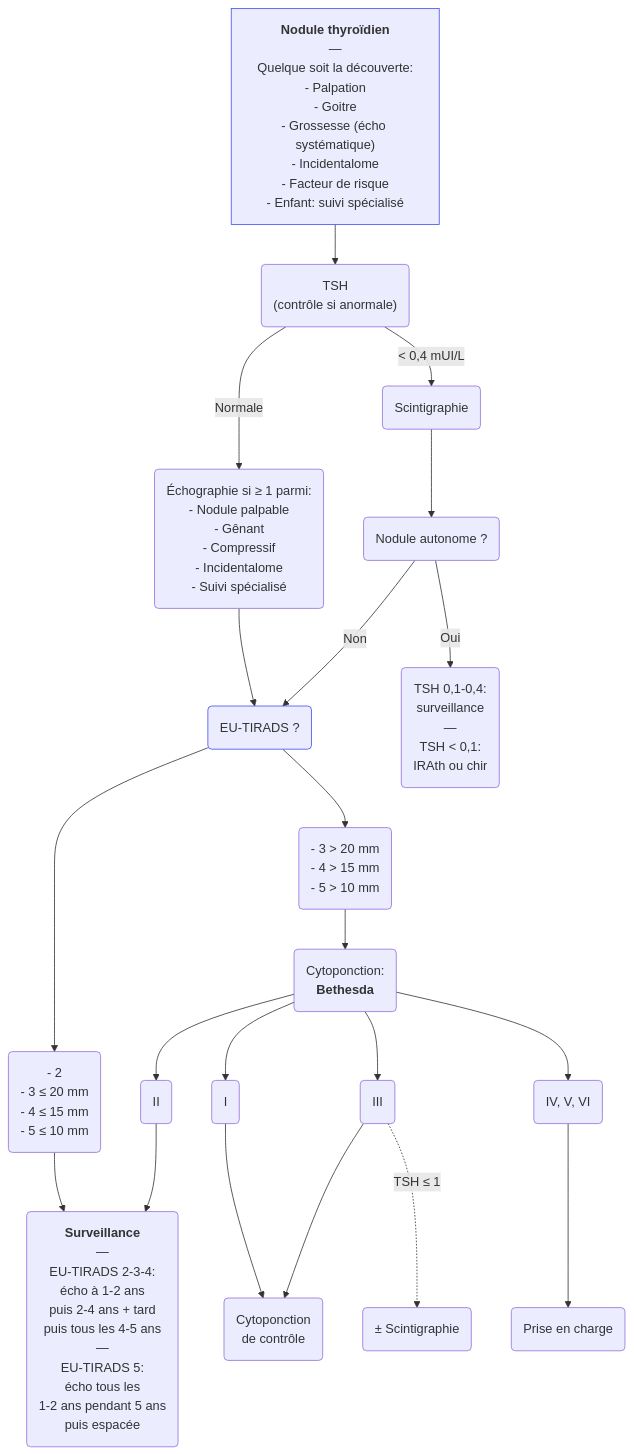
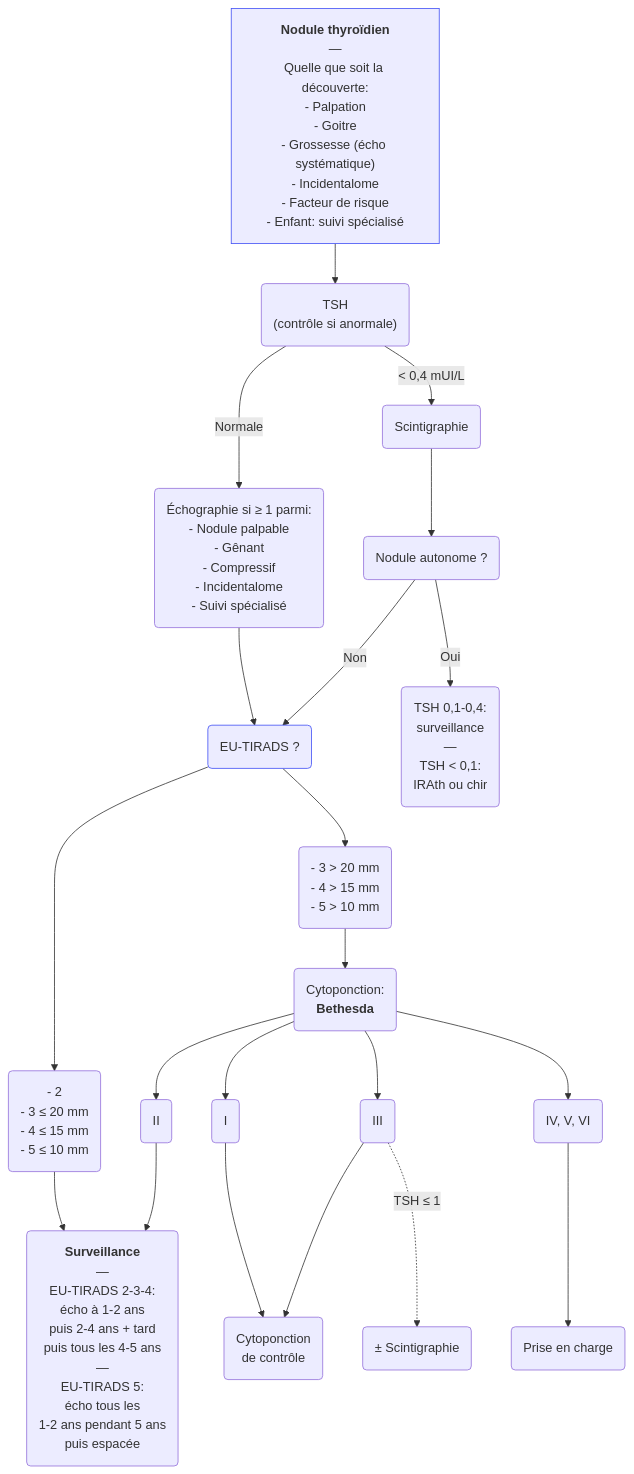
The diagram in content/recommandations/nodule-thyroidien.md (djibe/recommandations-medicales), drawn with Mermaid before and after one commit. The commit also changed 24 other files, not shown here.

```diff
--- a/content/recommandations/nodule-thyroidien.md
+++ b/content/recommandations/nodule-thyroidien.md
@@ -357,20 +357,20 @@
 {{< mermaid title="Prise en charge d'un nodule de la thyroïde. Dr JB Fron d'après SFE / AFCE / SFMN 2022" >}}
 graph TB
 accTitle: Prise en charge d'un nodule thyroïdien d'après SFE/AFCE/SFMN 2022
-  clinique["<b>Nodule thyroïdien</b><br>—<br>Quelque soit la découverte:<br>- Palpation<br>- Goitre<br>- Grossesse (écho systématique)<br>- Incidentalome<br>- Facteur de risque<br>- Enfant: suivi spécialisé"] --> TSH("TSH<br>(contrôle si anormale)")
+  clinique["<b>Nodule thyroïdien</b><br>—<br>Quelle que soit la découverte:<br>- Palpation<br>- Goitre<br>- Grossesse (écho systématique)<br>- Incidentalome<br>- Facteur de risque<br>- Enfant: suivi spécialisé"] --> TSH("TSH<br>(contrôle si anormale)")
   style clinique stroke:#4150f5, stroke-width:1px
   TSH -- Normale --> échographie("Échographie si ≥ 1 parmi:<br>- Nodule palpable<br>- Gênant<br>- Compressif<br>- Incidentalome<br>- Suivi spécialisé")
     échographie --> TIRADS(EU-TIRADS ?)
     style TIRADS stroke:#4150f5, stroke-width:1px
       TIRADS --> bas("- 2<br>- 3 ≤ 20 mm<br>- 4 ≤ 15 mm<br>- 5 ≤ 10 mm") --> surveillance
       TIRADS --> intermédiaire("- 3 &gt; 20 mm<br>- 4 &gt; 15 mm<br>- 5 &gt; 10 mm") --> cytoponction("Cytoponction:<br><b>Bethesda</b>")
         cytoponction --> 2(II) --> surveillance("<b>Surveillance</b><br>—<br>EU-TIRADS 2-3-4:<br>écho à 1-2 ans<br>puis 2-4 ans + tard<br>puis tous les 4-5 ans<br>—<br>EU-TIRADS 5:<br>écho tous les<br>1-2 ans pendant 5 ans<br>puis espacée")
         cytoponction --> 1(I) --> contrôle(Cytoponction<br>de contrôle)
         cytoponction --> 3(III) --> contrôle
           3 -. "TSH ≤ 1" .-> envisager("± Scintigraphie")
         cytoponction --> autres(IV, V, VI) --> pec(Prise en charge)
     TSH -- "&lt; 0,4 mUI/L" --> scintigraphie(Scintigraphie)
       scintigraphie --> autonome(Nodule autonome ?)
         autonome -- Non --> TIRADS
         autonome -- Oui --> Hyperthyroidie("TSH 0,1-0,4:<br>surveillance<br>—<br>TSH &lt; 0,1:<br>IRAth ou chir")
 {{< /mermaid >}}
```
